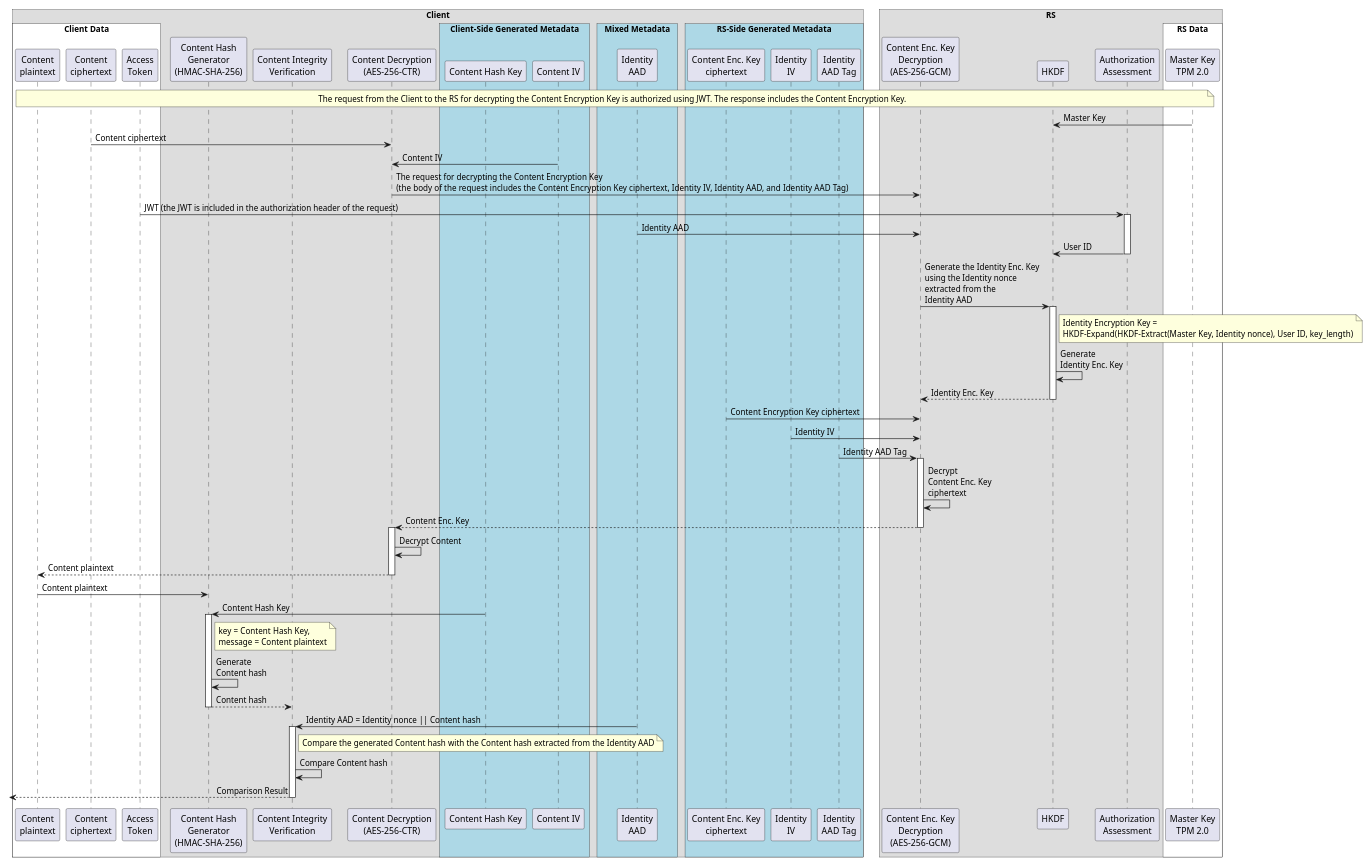
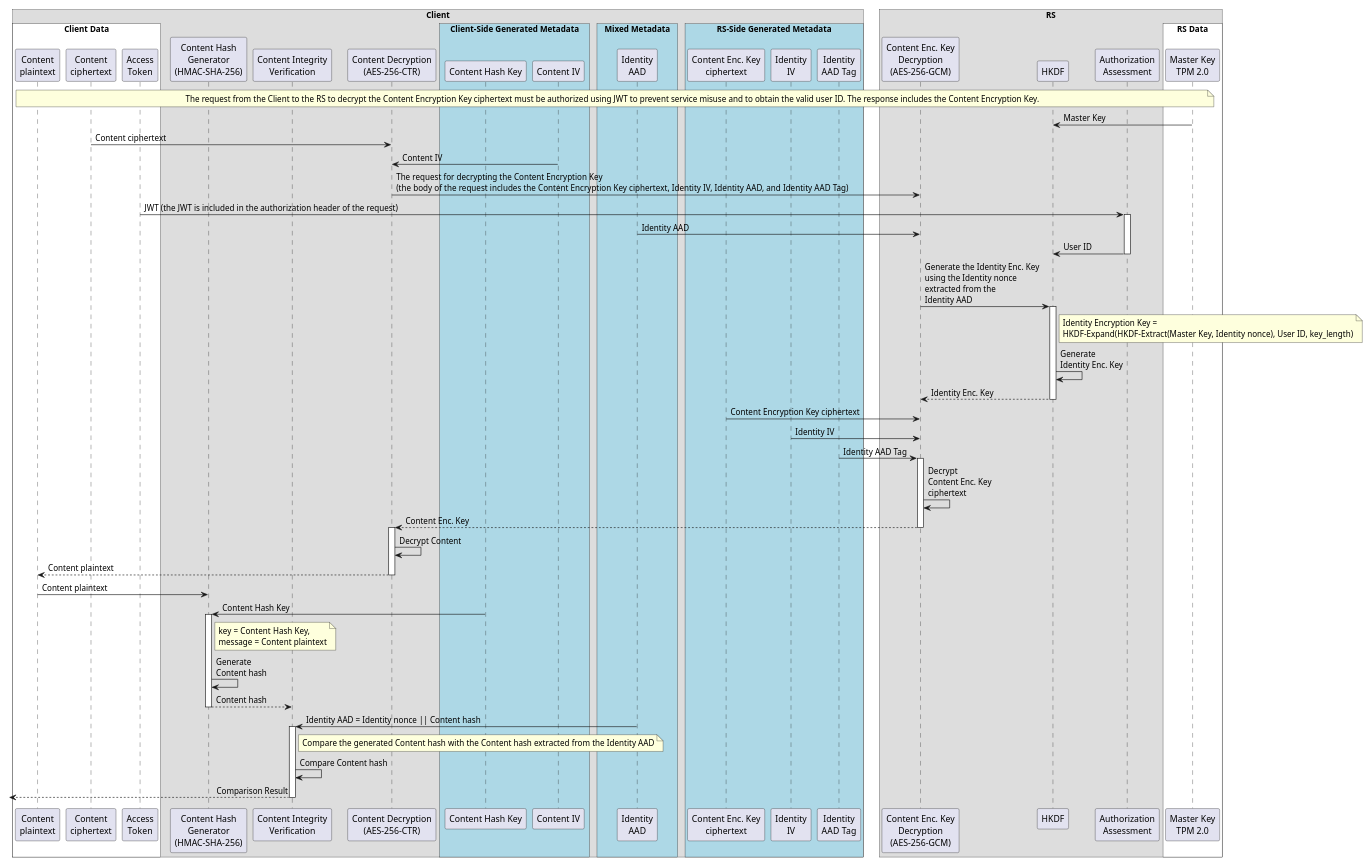
The second of 3 diagrams in docs/CRYPTOGRAPHY.md (umalabs/ibe), drawn with PlantUML before and after one commit. The commit also changed other lines of this file and 2 other files, not shown here.

```diff
--- a/docs/CRYPTOGRAPHY.md
+++ b/docs/CRYPTOGRAPHY.md
@@ -210,8 +210,8 @@
 participant "Content IV" as ContentIVMetadata
 
 ' --- RS ---
+participant "Content Enc. Key\nDecryption\n(AES-256-GCM)" as ContentEncKeyDecryption
 participant "HKDF" as HKDF
-participant "Content Enc. Key\nDecryption\n(AES-256-GCM)" as ContentEncKeyDecryption
 participant "Authorization\nAssessment" as AuthorizationAssessment
 
 ' --- RS Inputs ---
@@ -262,7 +262,7 @@
     end box
 end box
 
-note across: The request from the Client to the RS for decrypting the Content Encryption Key is authorized using JWT. The response includes the Content Encryption Key.
+note across: The request from the Client to the RS to decrypt the Content Encryption Key ciphertext must be authorized using JWT to prevent service misuse and to obtain the valid user ID. The response includes the Content Encryption Key.
 
 Masterkey -> HKDF: Master Key
 
```
